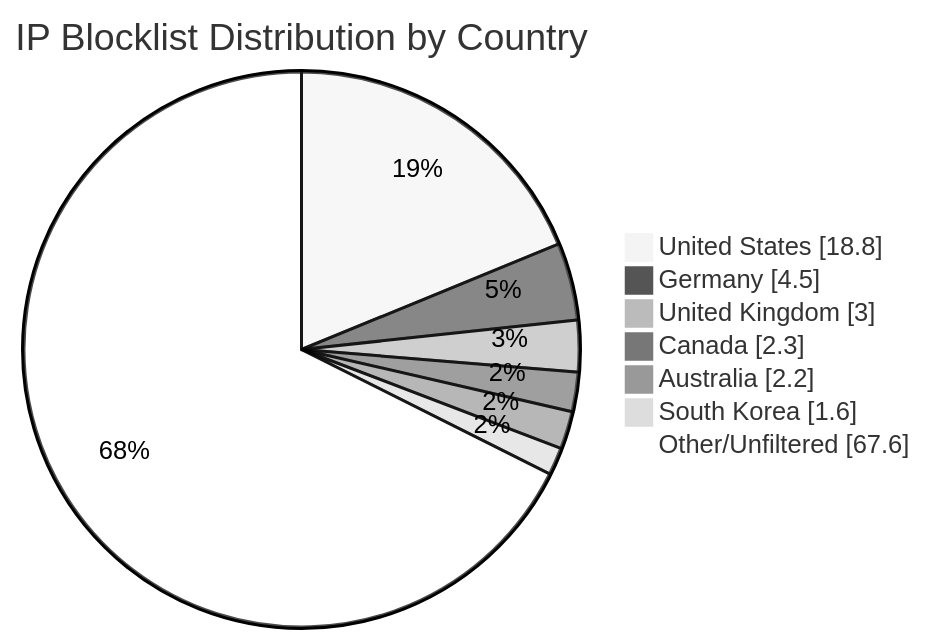
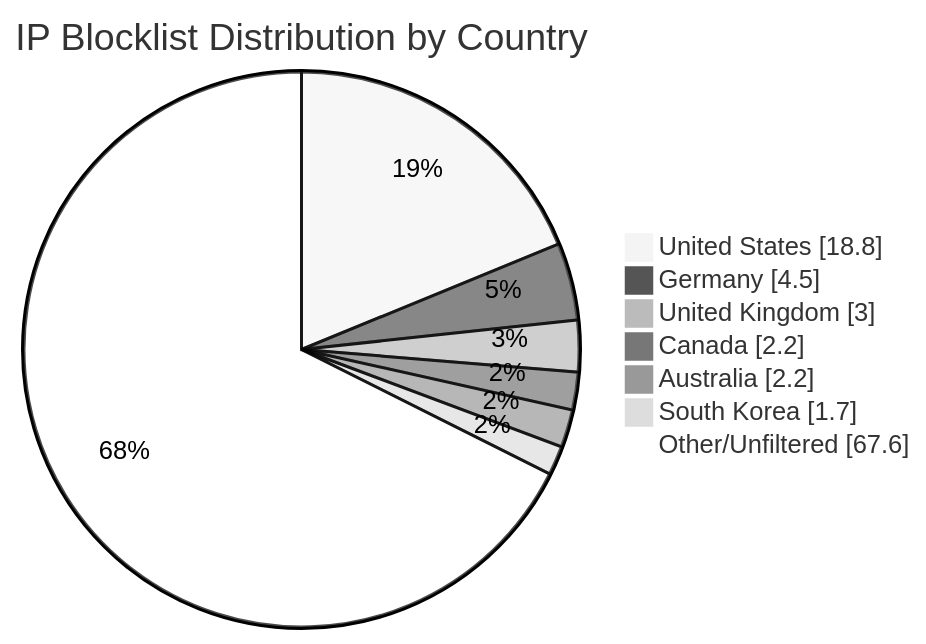
The diagram in README.md (MarcusHoltz/ipblocklist-geofiltered-aggregator), drawn with Mermaid (neutral theme) before and after one commit. The commit also changed other lines of this file and 9 other files, not shown here.

````diff
--- a/README.md
+++ b/README.md
@@ -34,10 +34,10 @@
 ```mermaid
 pie showData title IP Blocklist Distribution by Country
 "United States" : 18.8
 "Germany" : 4.5
 "United Kingdom" : 3.0
-"Canada" : 2.3
+"Canada" : 2.2
 "Australia" : 2.2
-"South Korea" : 1.6
+"South Korea" : 1.7
 "Other/Unfiltered" : 67.6
 ```
````
